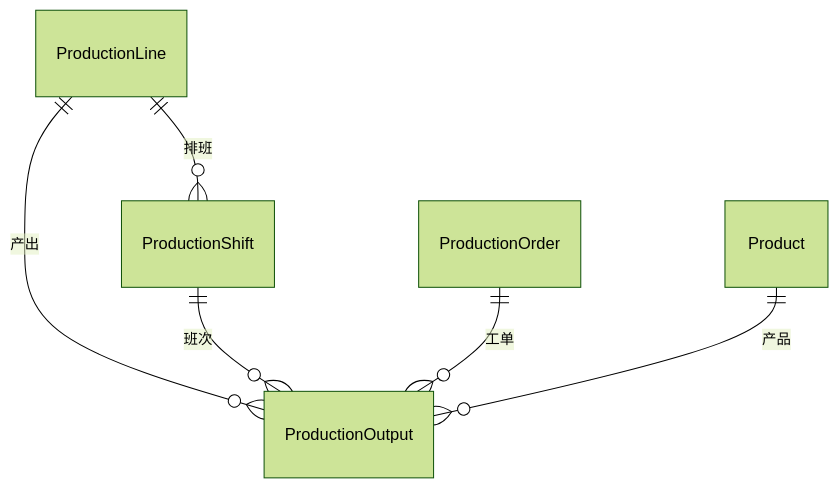
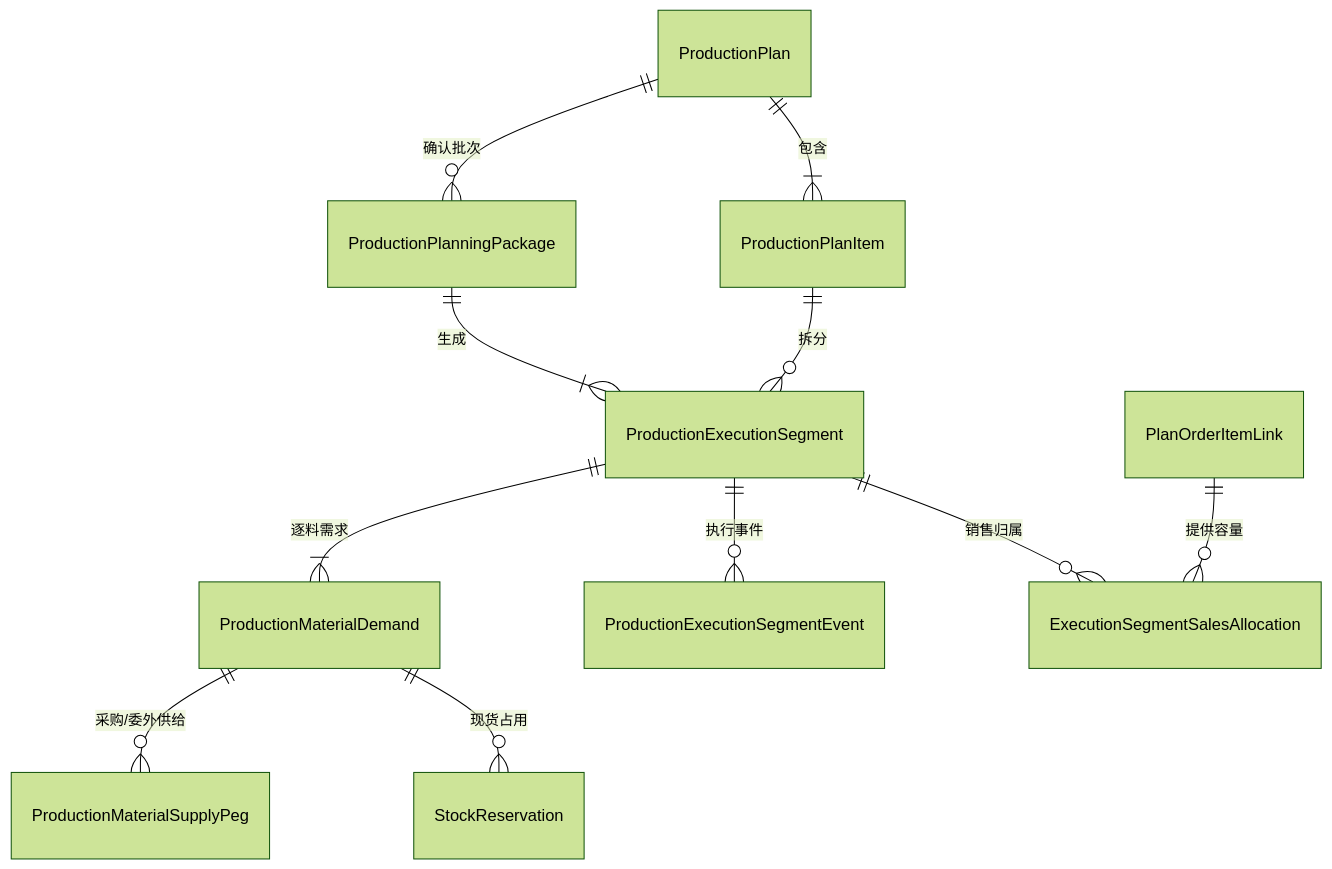
Before and after one commit to BruceChu0424/utenelec_imp: the eighth of 10 diagrams in docs/04-数据模型/ER草图.md, drawn with Mermaid (forest theme). The commit also changed other lines of this file and 252 other files, not shown here.

````diff
--- a/docs/04-数据模型/ER草图.md
+++ b/docs/04-数据模型/ER草图.md
@@ -108,8 +113,13 @@
 ```mermaid
 erDiagram
-    ProductionLine ||--o{ ProductionOutput : "产出"
-    ProductionShift ||--o{ ProductionOutput : "班次"
-    ProductionOrder ||--o{ ProductionOutput : "工单"
-    Product ||--o{ ProductionOutput : "产品"
-    ProductionLine ||--o{ ProductionShift : "排班"
+    ProductionPlan ||--|{ ProductionPlanItem : "包含"
+    ProductionPlan ||--o{ ProductionPlanningPackage : "确认批次"
+    ProductionPlanningPackage ||--|{ ProductionExecutionSegment : "生成"
+    ProductionPlanItem ||--o{ ProductionExecutionSegment : "拆分"
+    ProductionExecutionSegment ||--|{ ProductionMaterialDemand : "逐料需求"
+    ProductionMaterialDemand ||--o{ ProductionMaterialSupplyPeg : "采购/委外供给"
+    ProductionMaterialDemand ||--o{ StockReservation : "现货占用"
+    ProductionExecutionSegment ||--o{ ProductionExecutionSegmentEvent : "执行事件"
+    ProductionExecutionSegment ||--o{ ExecutionSegmentSalesAllocation : "销售归属"
+    PlanOrderItemLink ||--o{ ExecutionSegmentSalesAllocation : "提供容量"
 ```
````
